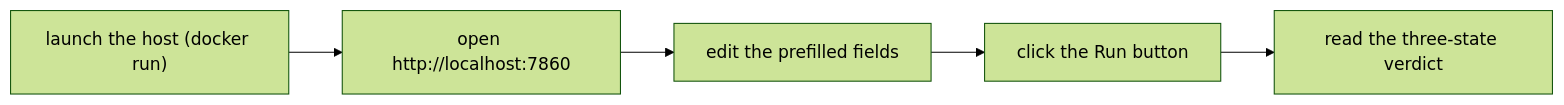
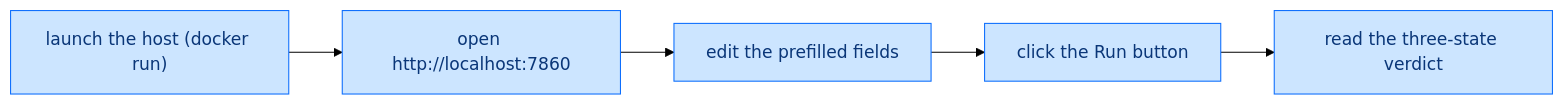
Before and after one commit to paul007ex/breachsafe-ux: the diagram in docs/tutorials/your-first-scan.md, drawn with Mermaid (forest theme). The commit also changed 10 other files, not shown here.

First line of the commit message:
docs: add semantic colour to the Mermaid diagrams (#156)

````diff
--- a/docs/tutorials/your-first-scan.md
+++ b/docs/tutorials/your-first-scan.md
@@ -14,7 +14,14 @@
 ```mermaid
 flowchart LR
     launch["launch the host (docker run)"] --> open["open http://localhost:7860"]
     open --> edit["edit the prefilled fields"]
     edit --> runit["click the Run button"]
     runit --> read["read the three-state verdict"]
+    classDef valid       fill:#d4edda,stroke:#28a745,color:#155724;
+    classDef invalid     fill:#f8d7da,stroke:#dc3545,color:#721c24;
+    classDef unavailable fill:#fff3cd,stroke:#fd7e14,color:#7a4a00;
+    classDef process     fill:#cce5ff,stroke:#0d6efd,color:#0a3678;
+    classDef artifact    fill:#e2e3e5,stroke:#6c757d,color:#2f3336;
+    classDef external    fill:#e7d6ff,stroke:#6f42c1,color:#3d1a78;
+    class launch,open,edit,runit,read process;
 ```
````
